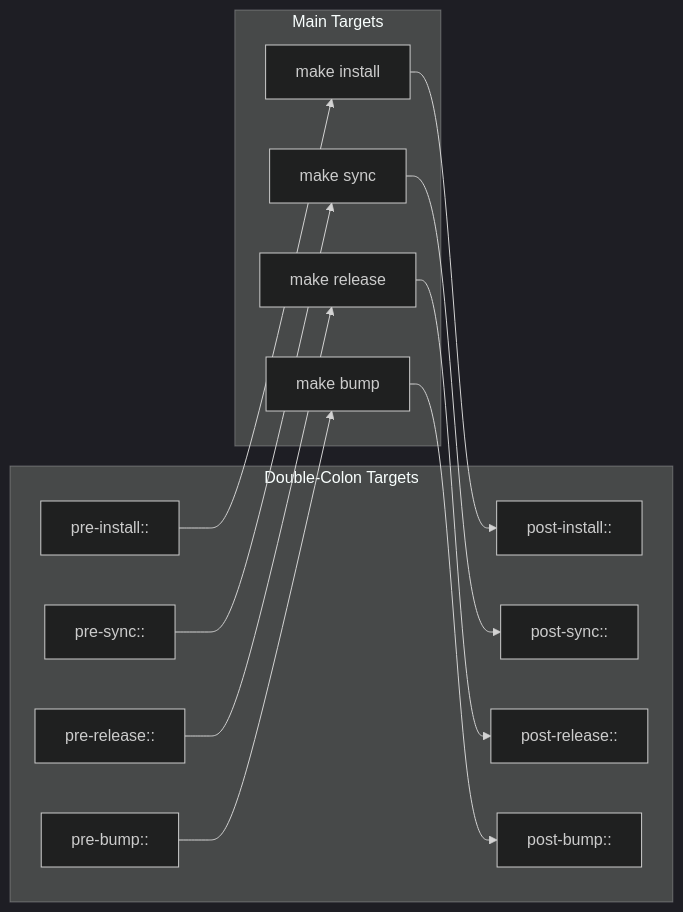
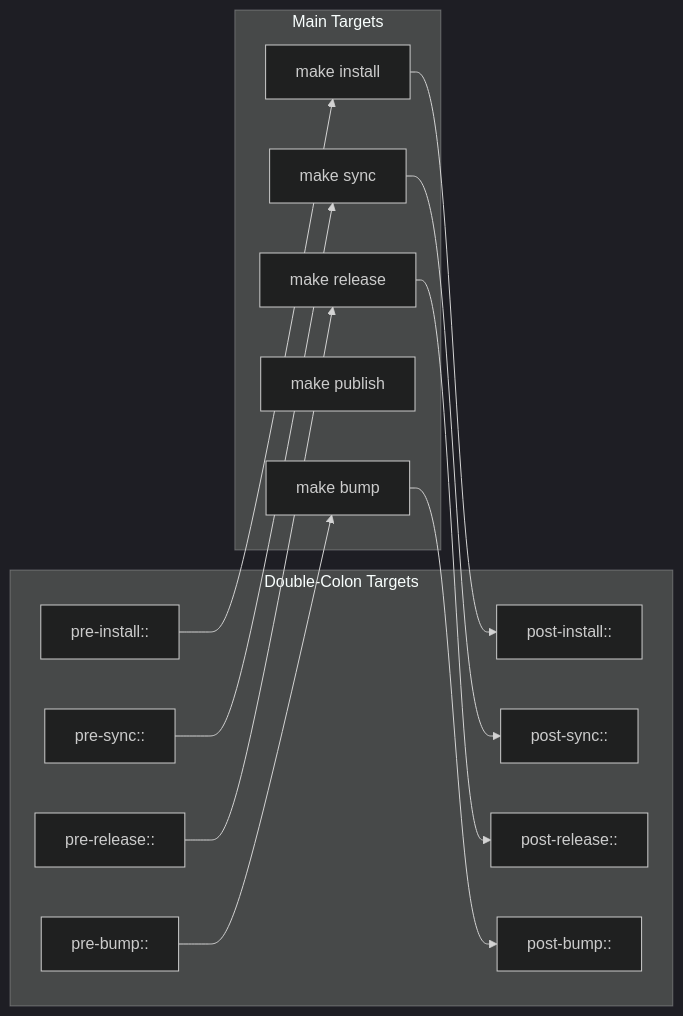
The third of 8 diagrams in docs/ARCHITECTURE.md (Jebel-Quant/rhiza), drawn with Mermaid (dark theme) before and after one commit. The commit also changed 7 other files, not shown here.

Commit message:
improve release flow, introduce publish fasttrack

````diff
--- a/docs/ARCHITECTURE.md
+++ b/docs/ARCHITECTURE.md
@@ -80,25 +80,26 @@
 ```mermaid
 flowchart LR
     subgraph Hooks["Double-Colon Targets"]
         pre_install[pre-install::]
         post_install[post-install::]
         pre_sync[pre-sync::]
         post_sync[post-sync::]
         pre_release[pre-release::]
         post_release[post-release::]
         pre_bump[pre-bump::]
         post_bump[post-bump::]
     end
 
     subgraph Targets["Main Targets"]
         install[make install]
         sync[make sync]
         release[make release]
+        publish[make publish]
         bump[make bump]
     end
 
     pre_install --> install --> post_install
     pre_sync --> sync --> post_sync
     pre_release --> release --> post_release
     pre_bump --> bump --> post_bump
 ```
````
